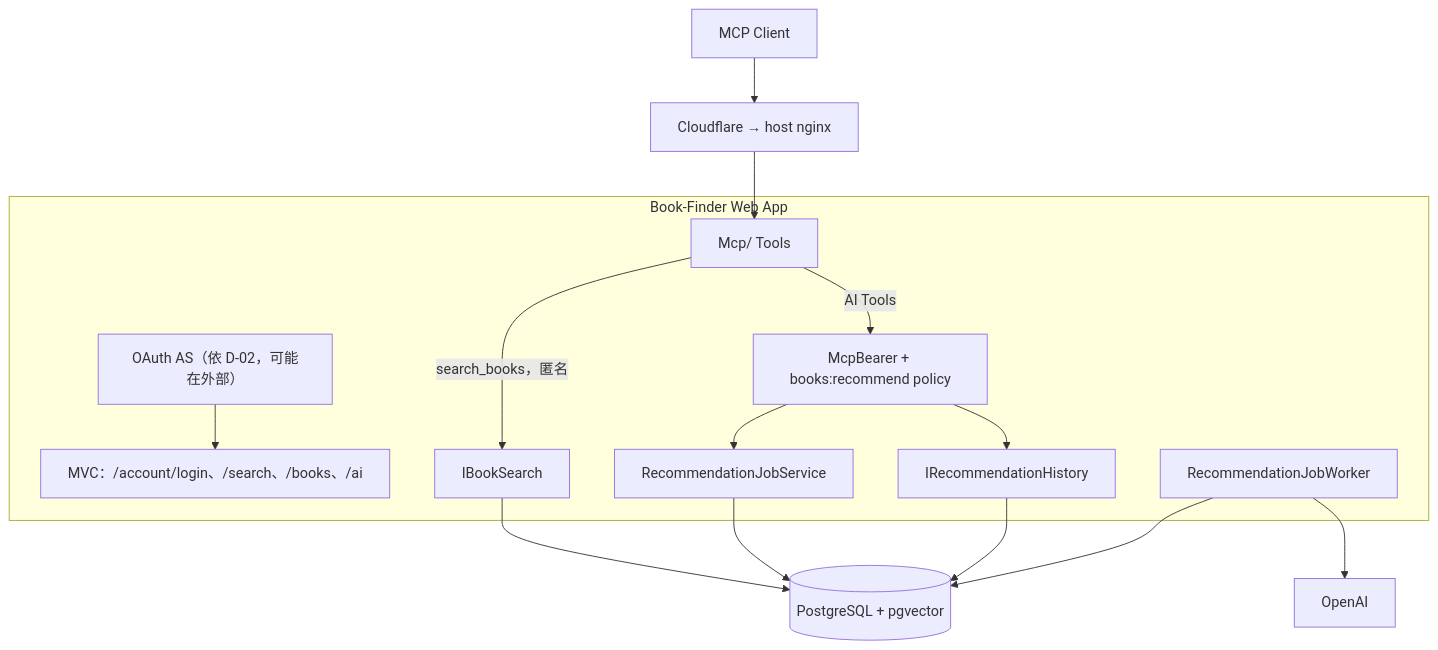
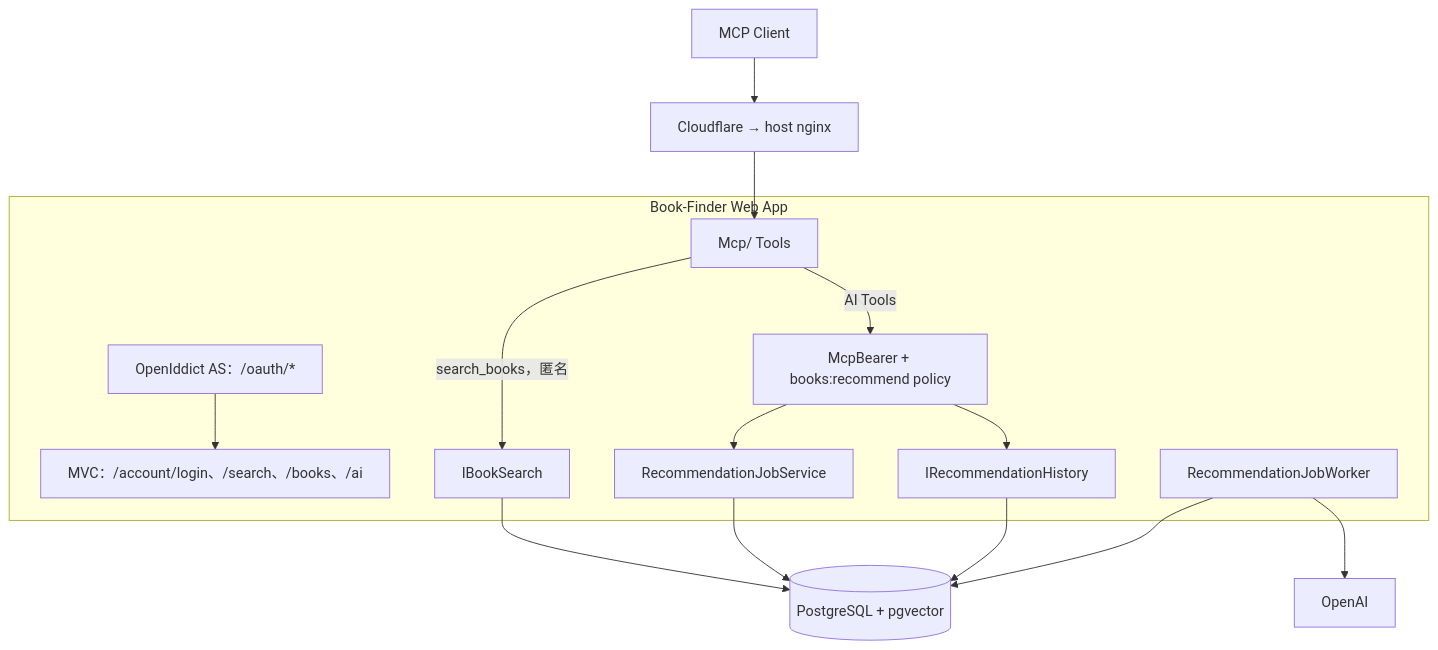
One commit to Arthur801/Book-Finder changed the first of 3 diagrams in Docs/plans/book-finder-mcp-server.md. Above: the diagram before and after it, drawn with Mermaid. The commit also changed other lines of this file and 1 other file, not shown here.

````diff
--- a/Docs/plans/book-finder-mcp-server.md
+++ b/Docs/plans/book-finder-mcp-server.md
@@ -132,25 +139,25 @@
 ```mermaid
 flowchart TB
     CLIENT[MCP Client]
     PROXY[Cloudflare → host nginx]
     subgraph APP[Book-Finder Web App]
         MCP[Mcp/ Tools]
         AUTHN[McpBearer + books:recommend policy]
-        AS[OAuth AS（依 D-02，可能在外部）]
+        AS[OpenIddict AS：/oauth/*]
         WEB[MVC：/account/login、/search、/books、/ai]
         CATALOG[IBookSearch]
         JOB[RecommendationJobService]
         HISTORY[IRecommendationHistory]
         WORKER[RecommendationJobWorker]
     end
     DB[(PostgreSQL + pgvector)]
     OPENAI[OpenAI]
 
     CLIENT --> PROXY --> MCP
     MCP -->|search_books，匿名| CATALOG --> DB
     MCP -->|AI Tools| AUTHN --> JOB --> DB
     AUTHN --> HISTORY --> DB
     AS --> WEB
     WORKER --> DB
     WORKER --> OPENAI
 ```
````
